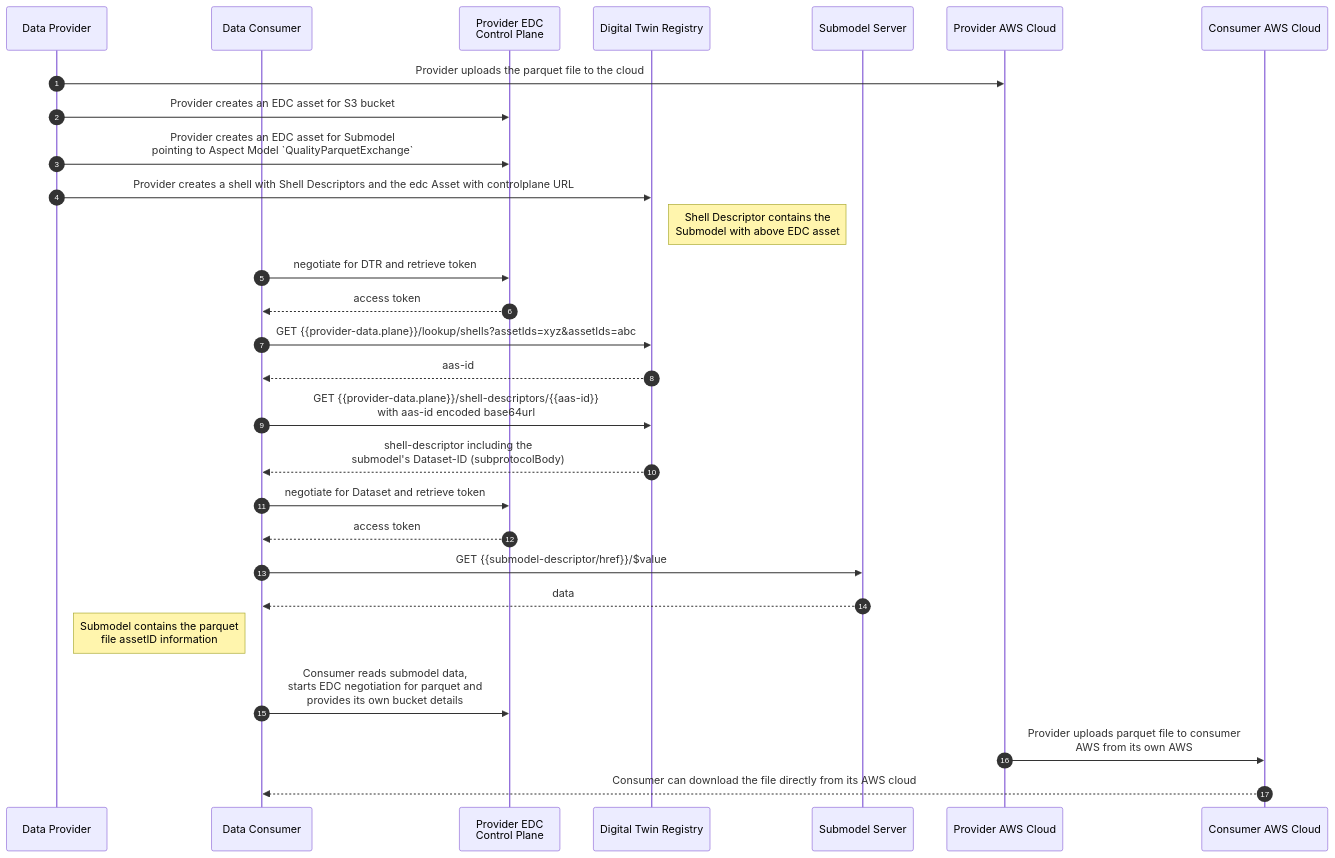
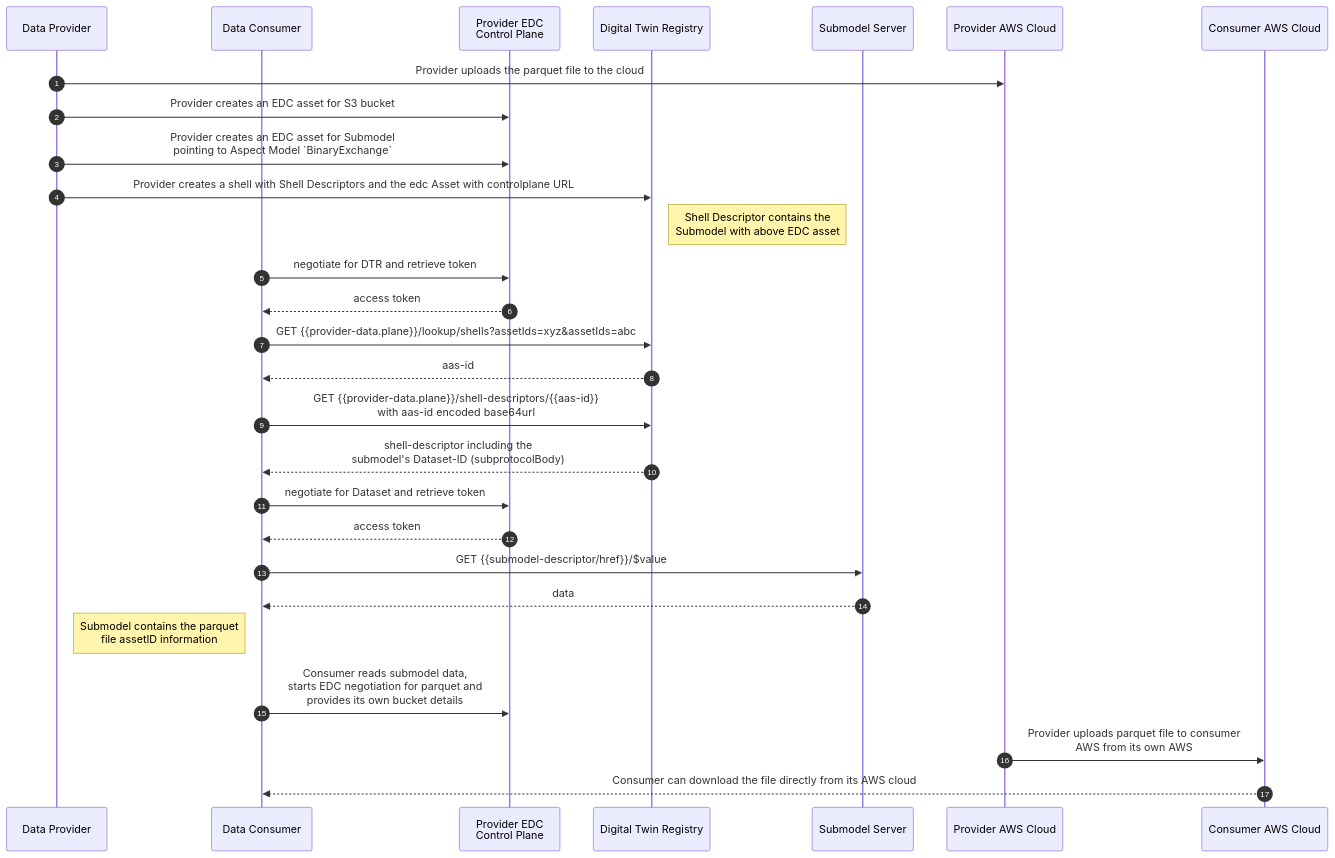
One commit to eclipse-tractusx/eclipse-tractusx.github.io changed the diagram in docs-kits/kits/industry-core-kit/software-development-view/digital-twins.mdx. Above: the diagram before and after it, drawn with Mermaid. The commit also changed other lines of this file, not shown here.

Commit message:
updates with respect to binary exchange aspect model

````diff
--- a/docs-kits/kits/industry-core-kit/software-development-view/digital-twins.mdx
+++ b/docs-kits/kits/industry-core-kit/software-development-view/digital-twins.mdx
@@ -286,31 +286,31 @@
 ```mermaid
 sequenceDiagram
     participant PRO as Data Provider
     participant Con as Data Consumer
     participant PEDC as Provider EDC <br/>Control Plane
     participant DTR as Digital Twin Registry
     participant SM as Submodel Server
     participant PAWS as Provider AWS Cloud
     participant CAWS as Consumer AWS Cloud
 
 autonumber
         PRO->>PAWS: Provider uploads the parquet file to the cloud
         PRO->>PEDC: Provider creates an EDC asset for S3 bucket
-        PRO->>PEDC: Provider creates an EDC asset for Submodel <br>pointing to Aspect Model `QualityParquetExchange`
+        PRO->>PEDC: Provider creates an EDC asset for Submodel <br>pointing to Aspect Model `BinaryExchange`
         PRO->>DTR: Provider creates a shell with Shell Descriptors and the edc Asset with controlplane URL
         Note right of DTR: Shell Descriptor contains the<br>Submodel with above EDC asset
         Con->>PEDC: negotiate for DTR and retrieve token
         PEDC-->>Con: access token
         Con->>DTR: GET {{provider-data.plane}}/lookup/shells?assetIds=xyz&assetIds=abc
         DTR-->>Con: aas-id
         Con->>DTR: GET {{provider-data.plane}}/shell-descriptors/{{aas-id}} <br/> with aas-id encoded base64url
         DTR-->>Con: shell-descriptor including the  <br/> submodel's Dataset-ID (subprotocolBody)
         Con->>PEDC: negotiate for Dataset and retrieve token
         PEDC-->>Con: access token
         Con->>SM: GET {{submodel-descriptor/href}}/$value
         SM-->>Con: data
         Note left of Con: Submodel contains the parquet<br>file assetID information
         Con->>PEDC: Consumer reads submodel data,<br>starts EDC negotiation for parquet and<br>provides its own bucket details
         PAWS->>CAWS: Provider uploads parquet file to consumer<br>AWS from its own AWS
         CAWS-->>Con: Consumer can download the file directly from its AWS cloud
 ```
````
